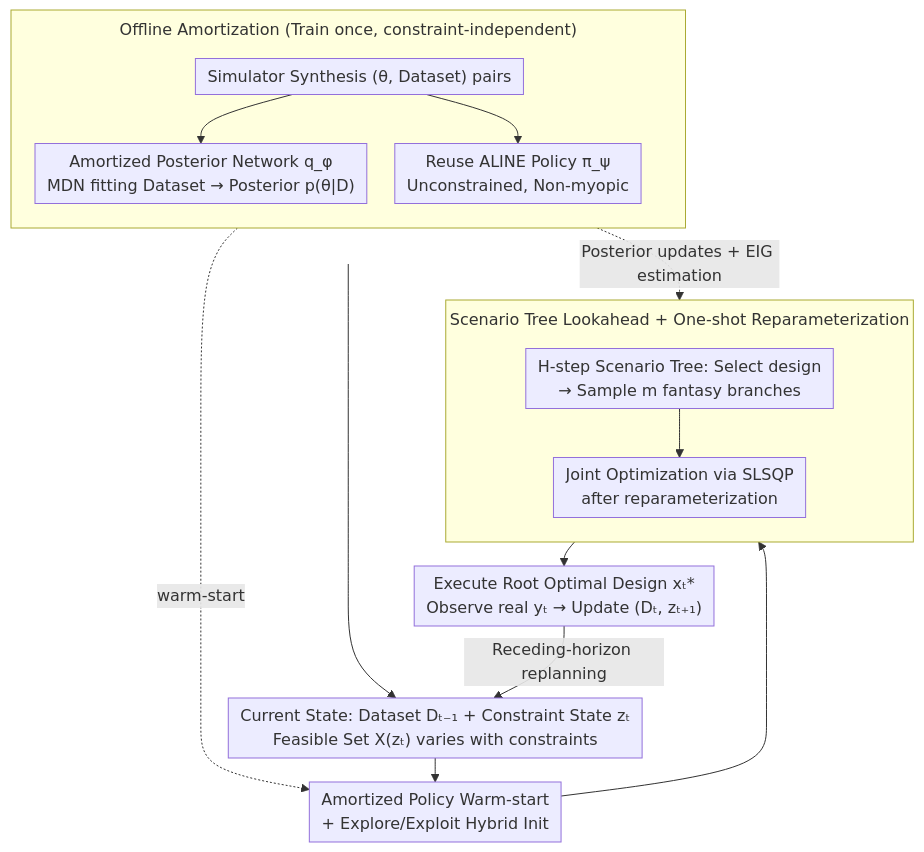
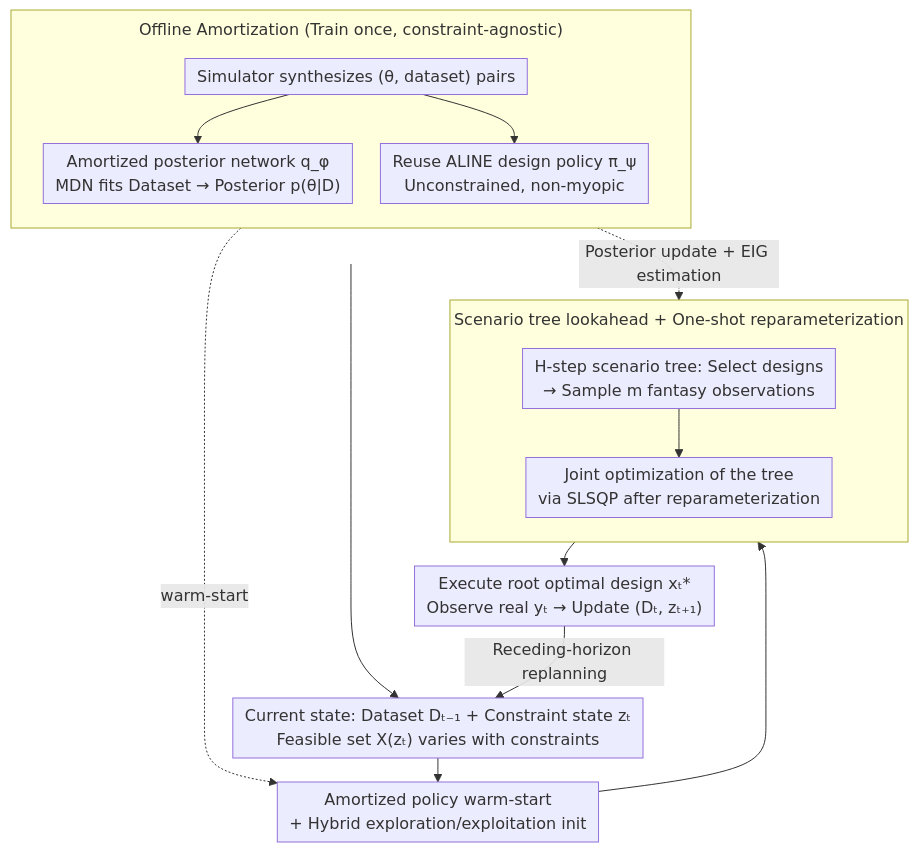
The diagram in docs/ICML2026/llm_pretraining/constrained_bayesian_experimental_design_via_online_planning.md (zhaoyang97/Paper-Notes-en), drawn with Mermaid before and after one commit. The commit also changed other lines of this file and 5084 other files, not shown here.

````diff
--- a/docs/ICML2026/llm_pretraining/constrained_bayesian_experimental_design_via_online_planning.md
+++ b/docs/ICML2026/llm_pretraining/constrained_bayesian_experimental_design_via_online_planning.md
@@ -50,21 +50,21 @@
 ```mermaid
 %%{init: {'flowchart': {'rankSpacing': 24, 'nodeSpacing': 28, 'padding': 6, 'wrappingWidth': 400, 'subGraphTitleMargin': {'top': 8, 'bottom': 16}}}}%%
 flowchart TD
-    subgraph OFF["Offline Amortization (Train once, constraint-independent)"]
+    subgraph OFF["Offline Amortization (Train once, constraint-agnostic)"]
         direction TB
-        SIM["Simulator Synthesis (θ, Dataset) pairs"]
-        SIM --> QP["Amortized Posterior Network q_φ<br/>MDN fitting Dataset → Posterior p(θ|D)"]
-        SIM --> PI["Reuse ALINE Policy π_ψ<br/>Unconstrained, Non-myopic"]
+        SIM["Simulator synthesizes (θ, dataset) pairs"]
+        SIM --> QP["Amortized posterior network q_φ<br/>MDN fits Dataset → Posterior p(θ|D)"]
+        SIM --> PI["Reuse ALINE design policy π_ψ<br/>Unconstrained, non-myopic"]
     end
-    OFF --> ST["Current State: Dataset Dₜ₋₁ + Constraint State zₜ<br/>Feasible Set X(zₜ) varies with constraints"]
-    ST --> INIT["Amortized Policy Warm-start<br/>+ Explore/Exploit Hybrid Init"]
-    subgraph PLAN["Scenario Tree Lookahead + One-shot Reparameterization"]
+    OFF --> ST["Current state: Dataset Dₜ₋₁ + Constraint state zₜ<br/>Feasible set X(zₜ) varies with constraints"]
+    ST --> INIT["Amortized policy warm-start<br/>+ Hybrid exploration/exploitation init"]
+    subgraph PLAN["Scenario tree lookahead + One-shot reparameterization"]
         direction TB
-        TREE["H-step Scenario Tree: Select design<br/>→ Sample m fantasy branches"] --> OPT["Joint Optimization via SLSQP<br/>after reparameterization"]
+        TREE["H-step scenario tree: Select designs<br/>→ Sample m fantasy observations"] --> OPT["Joint optimization of the tree<br/>via SLSQP after reparameterization"]
     end
     PI -.warm-start.-> INIT
     INIT --> TREE
-    QP -.Posterior updates + EIG estimation.-> TREE
-    OPT --> EXEC["Execute Root Optimal Design xₜ*<br/>Observe real yₜ → Update (Dₜ, zₜ₊₁)"]
+    QP -.Posterior update + EIG estimation.-> TREE
+    OPT --> EXEC["Execute root optimal design xₜ*<br/>Observe real yₜ → Update (Dₜ, zₜ₊₁)"]
     EXEC -->|Receding-horizon replanning| ST
 ```
````
